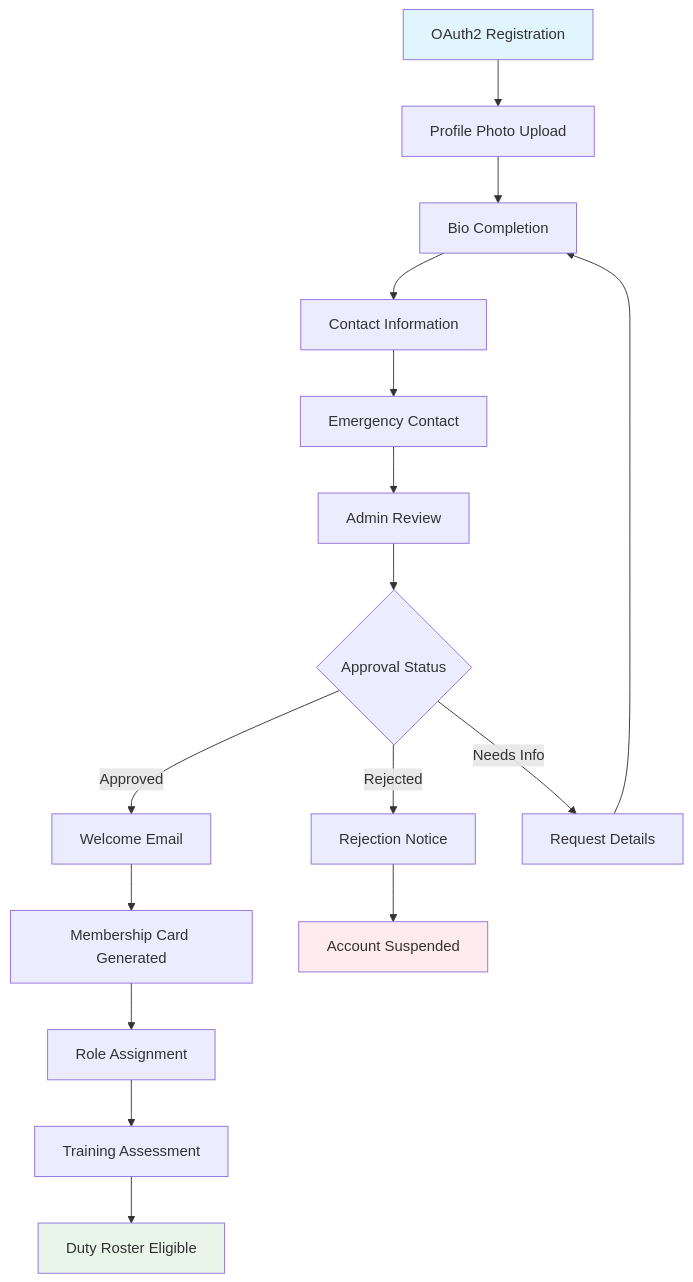
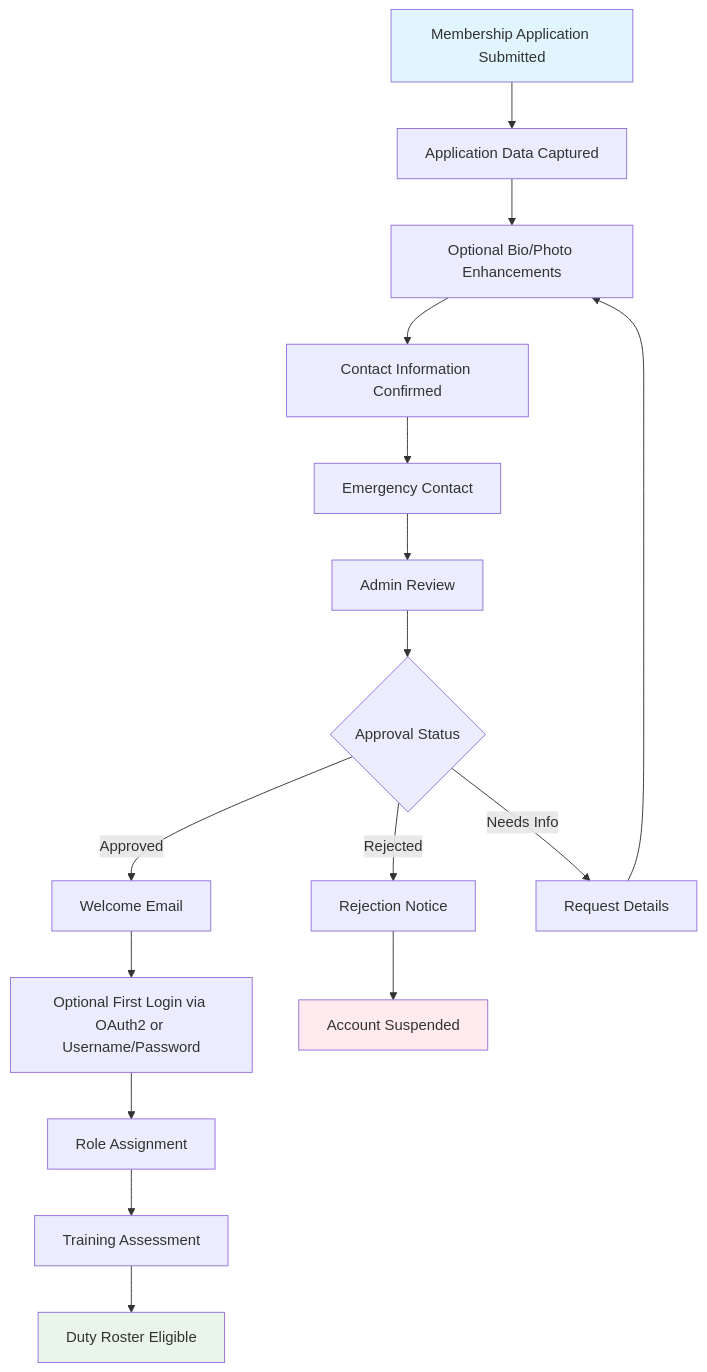
The sixth of 6 diagrams in docs/workflows/02-member-lifecycle.md (pietbarber/Manage2Soar), drawn with Mermaid before and after one commit. The commit also changed other lines of this file and 11 other files, not shown here.

````diff
--- a/docs/workflows/02-member-lifecycle.md
+++ b/docs/workflows/02-member-lifecycle.md
@@ -247,25 +248,25 @@
 ```mermaid
 flowchart TD
-    A[OAuth2 Registration] --> B[Profile Photo Upload]
-    B --> C[Bio Completion]
-    C --> D[Contact Information]
+    A[Membership Application Submitted] --> B[Application Data Captured]
+    B --> C[Optional Bio/Photo Enhancements]
+    C --> D[Contact Information Confirmed]
     D --> E[Emergency Contact]
     E --> F[Admin Review]
 
     F --> G{Approval Status}
     G -->|Approved| H[Welcome Email]
     G -->|Rejected| I[Rejection Notice]
     G -->|Needs Info| J[Request Details]
 
-    H --> K[Membership Card Generated]
+    H --> K[Optional First Login via OAuth2 or Username/Password]
     K --> L[Role Assignment]
     L --> M[Training Assessment]
     M --> N[Duty Roster Eligible]
 
     J --> C
     I --> O[Account Suspended]
 
     style A fill:#e1f5fe
     style N fill:#e8f5e8
     style O fill:#ffebee
 ```
````
